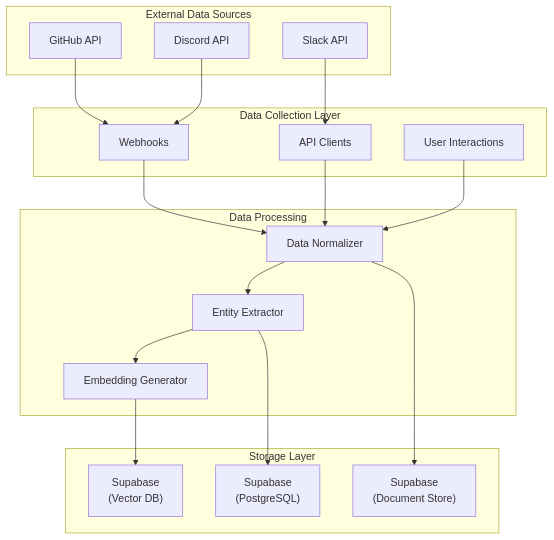
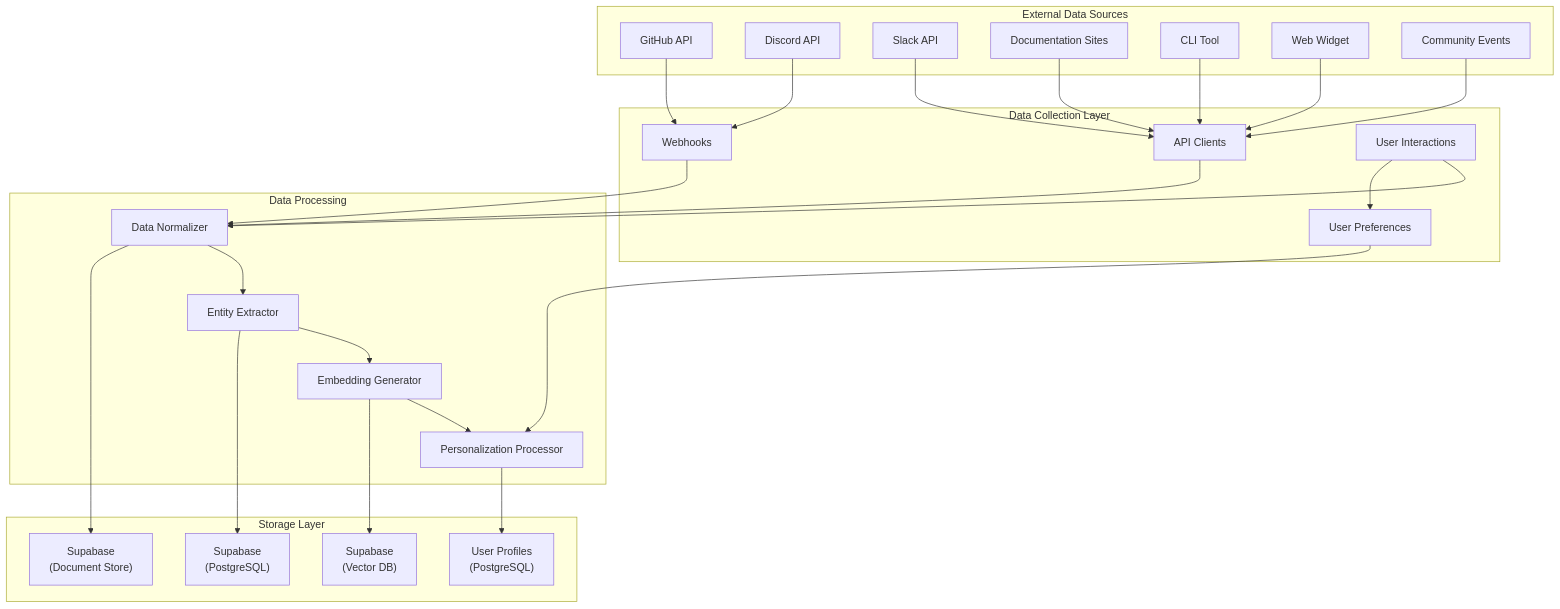
One commit to smokeyScraper/Devr.AI changed diagram 11 of 12 in README.md. Above: the diagram before and after it, drawn with Mermaid. The commit also changed other lines of this file and 4 other files, not shown here.

Commit message:
update architecture and landing page

````diff
--- a/README.md
+++ b/README.md
@@ -661,47 +1087,56 @@
 ```mermaid
 flowchart TB
     subgraph "External Data Sources"
         GH["GitHub API"]
         DS["Discord API"]
         SL["Slack API"]
-        
+        DOC["Documentation Sites"]
+        CLI["CLI Tool"]
+        WEB["Web Widget"]
+        EVENT["Community Events"]
     end
 
     subgraph "Data Collection Layer"
         WH["Webhooks"]
         API["API Clients"]
         UI["User Interactions"]
+        PREF["User Preferences"]
     end
 
     subgraph "Data Processing"
         NORM["Data Normalizer"]
         EXTR["Entity Extractor"]
         EMB["Embedding Generator"]
+        PERS["Personalization Processor"]
     end
 
     subgraph "Storage Layer"
         PIN["Supabase<br>(Vector DB)"]
         SUP["Supabase<br>(PostgreSQL)"]
         MDB["Supabase<br>(Document Store)"]
+        UP["User Profiles<br>(PostgreSQL)"]
     end
 
     GH --> WH
     DS --> WH
     SL --> API
-    
-    
+    DOC --> API
+    CLI --> API
+    WEB --> API
+    EVENT --> API
+
     WH --> NORM
     API --> NORM
     UI --> NORM
-    
+    UI --> PREF
+
     NORM --> EXTR
     EXTR --> EMB
+    PREF --> PERS
+    EMB --> PERS
 
-    
     EMB --> PIN
     EXTR --> SUP
     NORM --> MDB
-  
-
-    
+    PERS --> UP
 ```
````
